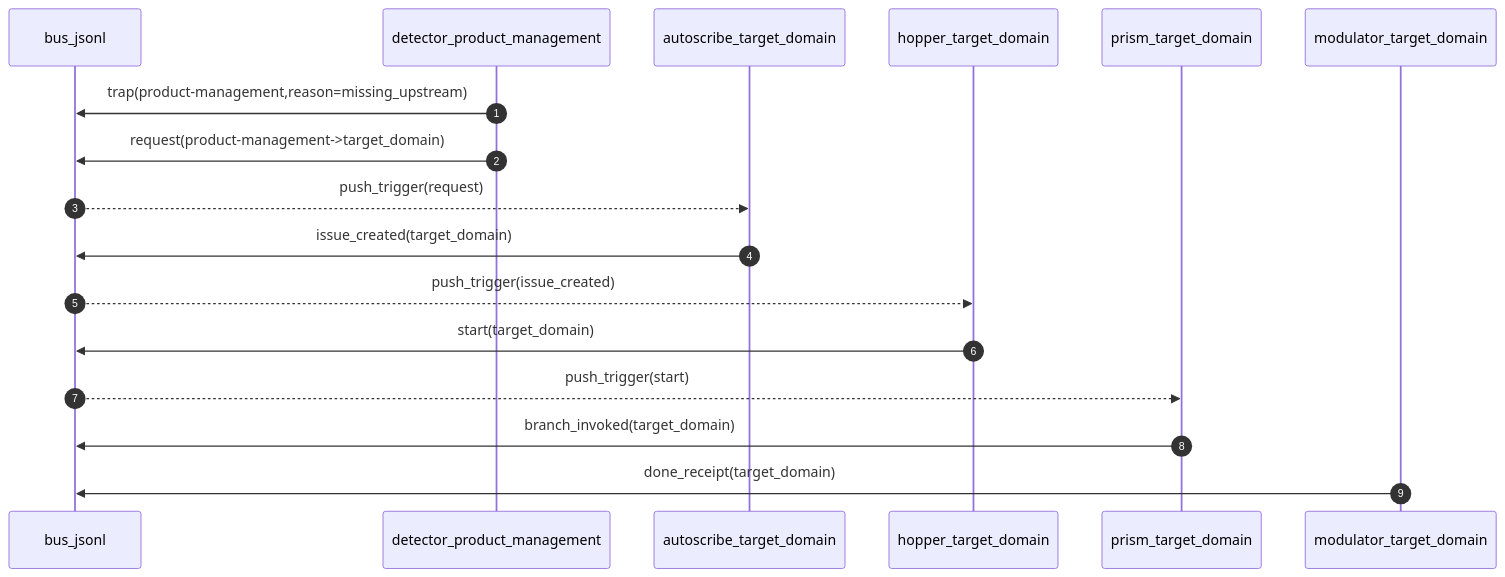
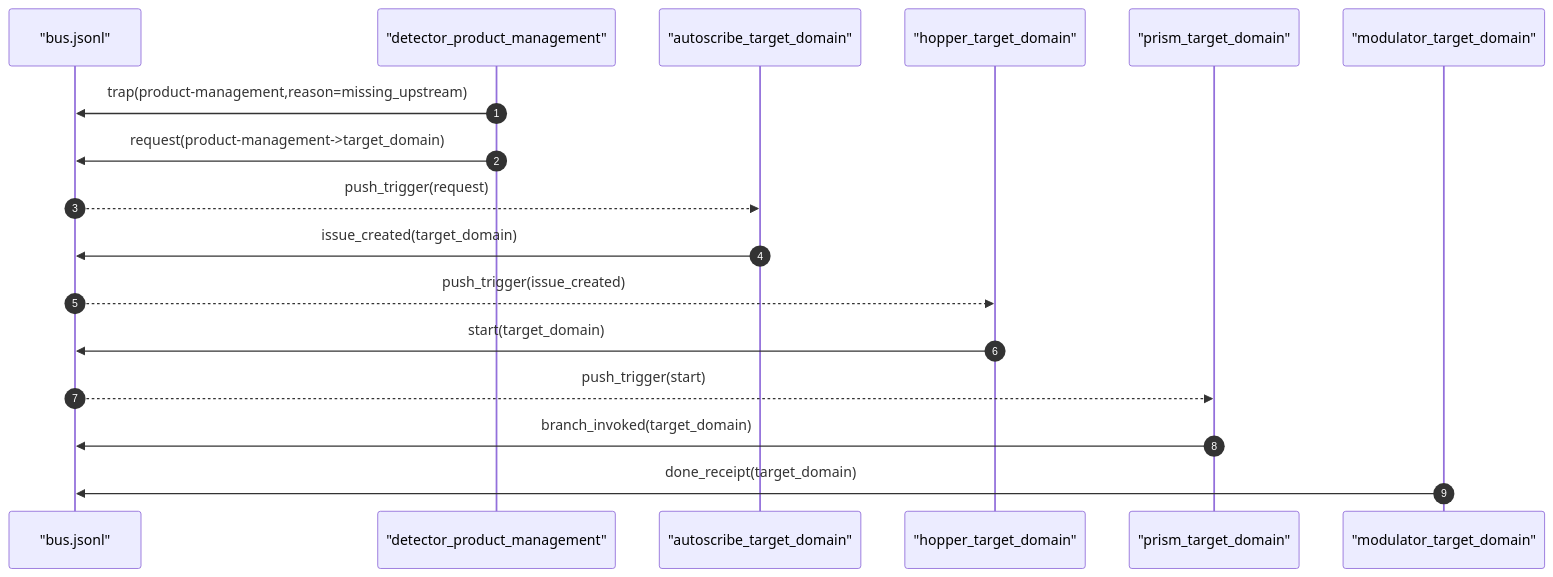
The diagram in WIP/PLAN_OPTION_C_COMPILER_PIPELINE.md (eoghanleo/phosphene-greenfield), drawn with Mermaid before and after one commit. The commit also changed 14 other files, not shown here.

````diff
--- a/WIP/PLAN_OPTION_C_COMPILER_PIPELINE.md
+++ b/WIP/PLAN_OPTION_C_COMPILER_PIPELINE.md
@@ -73,20 +73,20 @@
 ```mermaid
 sequenceDiagram
   autonumber
-  participant BUS as bus_jsonl
-  participant DetPM as detector_product_management
-  participant AS_T as autoscribe_target_domain
-  participant HopT as hopper_target_domain
-  participant PrismT as prism_target_domain
-  participant ModT as modulator_target_domain
+  participant BUS as "bus.jsonl"
+  participant DetPM as "detector_product_management"
+  participant AST as "autoscribe_target_domain"
+  participant HopT as "hopper_target_domain"
+  participant PrismT as "prism_target_domain"
+  participant ModT as "modulator_target_domain"
 
   DetPM->>BUS: trap(product-management,reason=missing_upstream)
   DetPM->>BUS: request(product-management->target_domain)
-  BUS-->>AS_T: push_trigger(request)
-  AS_T->>BUS: issue_created(target_domain)
+  BUS-->>AST: push_trigger(request)
+  AST->>BUS: issue_created(target_domain)
   BUS-->>HopT: push_trigger(issue_created)
   HopT->>BUS: start(target_domain)
   BUS-->>PrismT: push_trigger(start)
   PrismT->>BUS: branch_invoked(target_domain)
   ModT->>BUS: done_receipt(target_domain)
 ```
````
